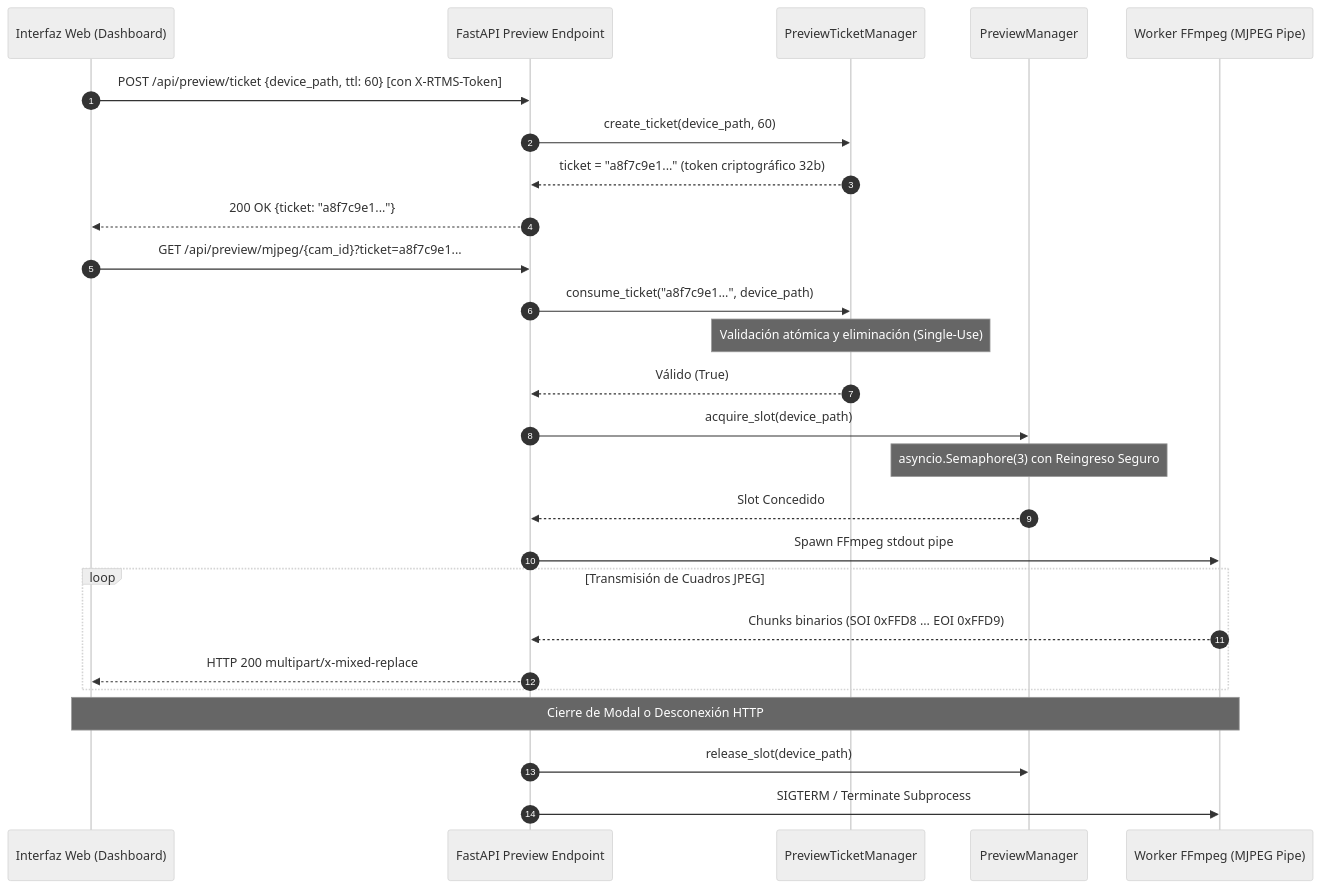
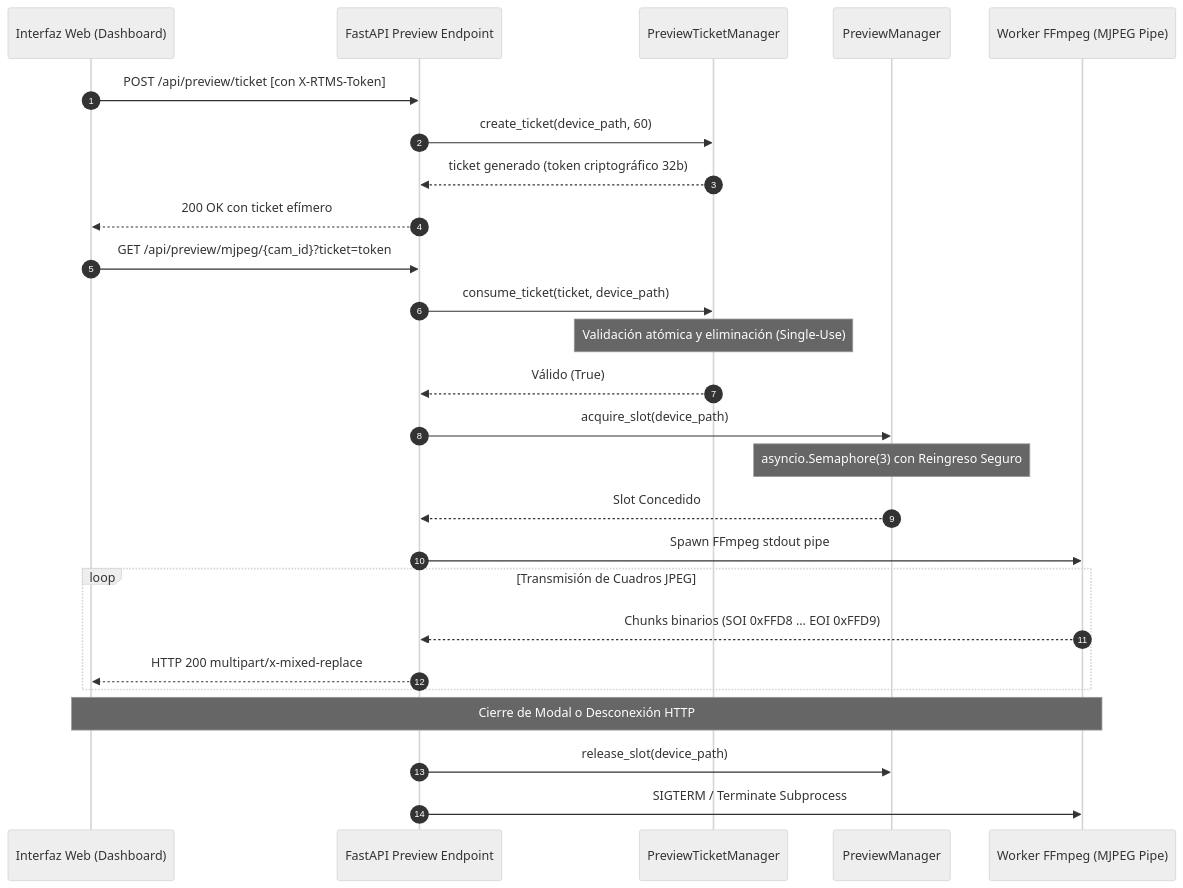
One commit to FJYarsky/RTMS changed the first of 2 diagrams in docs/rfc/RFC-0004-pipeline-previsualizacion-zero-copy-tickets-efimeros.md. Above: the diagram before and after it, drawn with Mermaid (neutral theme). The commit also changed other lines of this file and 12 other files, not shown here.

````diff
--- a/docs/rfc/RFC-0004-pipeline-previsualizacion-zero-copy-tickets-efimeros.md
+++ b/docs/rfc/RFC-0004-pipeline-previsualizacion-zero-copy-tickets-efimeros.md
@@ -32,33 +32,33 @@
 ```mermaid
 sequenceDiagram
     autonumber
     participant GUI as Interfaz Web (Dashboard)
     participant API as FastAPI Preview Endpoint
     participant TKM as PreviewTicketManager
     participant PVM as PreviewManager
     participant FF as Worker FFmpeg (MJPEG Pipe)
 
-    GUI->>API: POST /api/preview/ticket {device_path, ttl: 60} [con X-RTMS-Token]
+    GUI->>API: POST /api/preview/ticket [con X-RTMS-Token]
     API->>TKM: create_ticket(device_path, 60)
-    TKM-->>API: ticket = "a8f7c9e1..." (token criptográfico 32b)
-    API-->>GUI: 200 OK {ticket: "a8f7c9e1..."}
+    TKM-->>API: ticket generado (token criptográfico 32b)
+    API-->>GUI: 200 OK con ticket efímero
 
-    GUI->>API: GET /api/preview/mjpeg/{cam_id}?ticket=a8f7c9e1...
-    API->>TKM: consume_ticket("a8f7c9e1...", device_path)
+    GUI->>API: GET /api/preview/mjpeg/{cam_id}?ticket=token
+    API->>TKM: consume_ticket(ticket, device_path)
     Note over TKM: Validación atómica y eliminación (Single-Use)
     TKM-->>API: Válido (True)
 
     API->>PVM: acquire_slot(device_path)
     Note over PVM: asyncio.Semaphore(3) con Reingreso Seguro
     PVM-->>API: Slot Concedido
 
     API->>FF: Spawn FFmpeg stdout pipe
     loop Transmisión de Cuadros JPEG
         FF-->>API: Chunks binarios (SOI 0xFFD8 ... EOI 0xFFD9)
         API-->>GUI: HTTP 200 multipart/x-mixed-replace
     end
 
     Note over GUI,FF: Cierre de Modal o Desconexión HTTP
     API->>PVM: release_slot(device_path)
     API->>FF: SIGTERM / Terminate Subprocess
 ```
````
